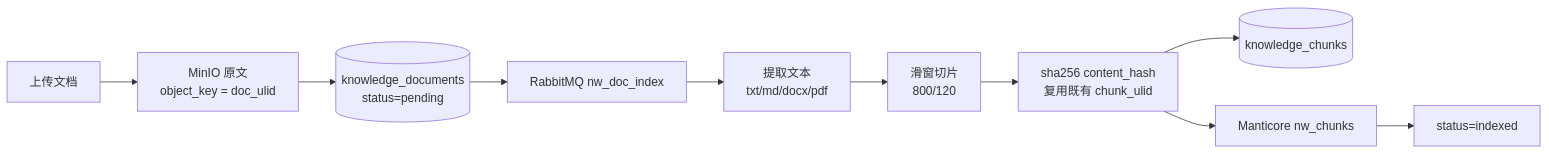
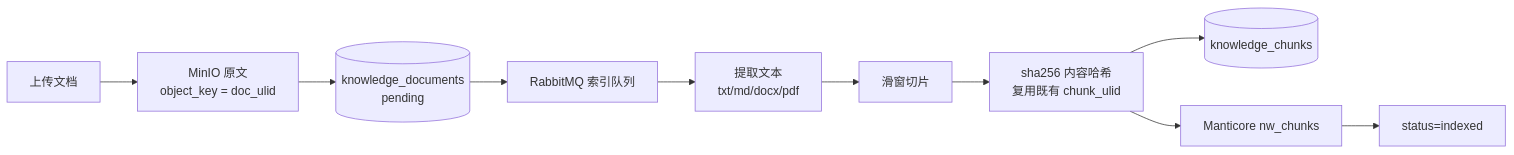
The diagram in doc/ai.md (2132691342/NovelWorkbench), drawn with Mermaid before and after one commit. The commit also changed other lines of this file and 74 other files, not shown here.

````diff
--- a/doc/ai.md
+++ b/doc/ai.md
@@ -323,12 +260,12 @@
 ```mermaid
 flowchart LR
   U[上传文档] --> M[MinIO 原文<br/>object_key = doc_ulid]
-  M --> D[(knowledge_documents<br/>status=pending)]
-  D --> Q[RabbitMQ nw_doc_index]
+  M --> D[(knowledge_documents<br/>pending)]
+  D --> Q[RabbitMQ 索引队列]
   Q --> X[提取文本<br/>txt/md/docx/pdf]
-  X --> S[滑窗切片<br/>800/120]
-  S --> H[sha256 content_hash<br/>复用既有 chunk_ulid]
+  X --> S[滑窗切片]
+  S --> H[sha256 内容哈希<br/>复用既有 chunk_ulid]
   H --> P[(knowledge_chunks)]
   H --> MC[Manticore nw_chunks]
   MC --> I[status=indexed]
 ```
````
